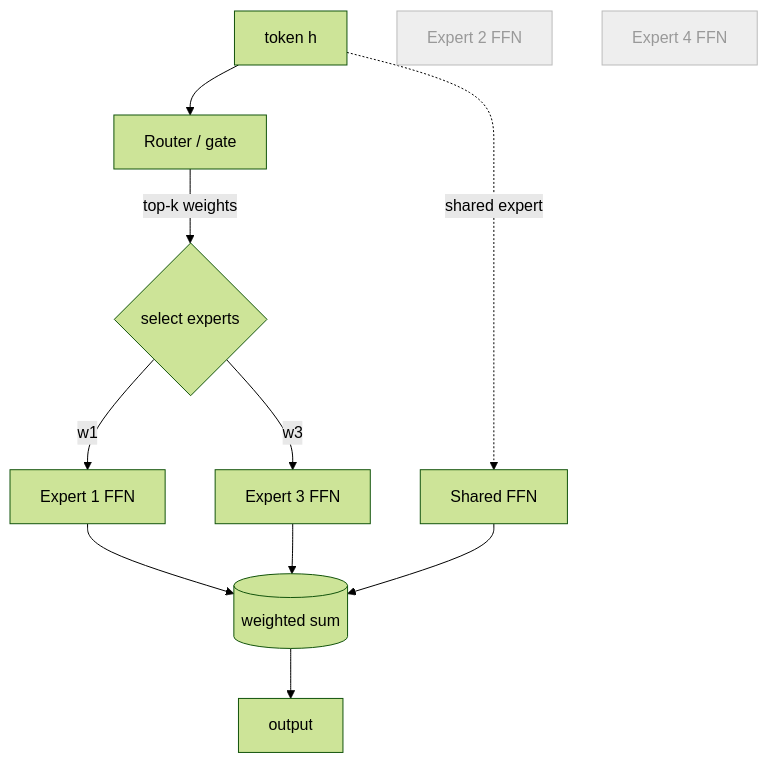
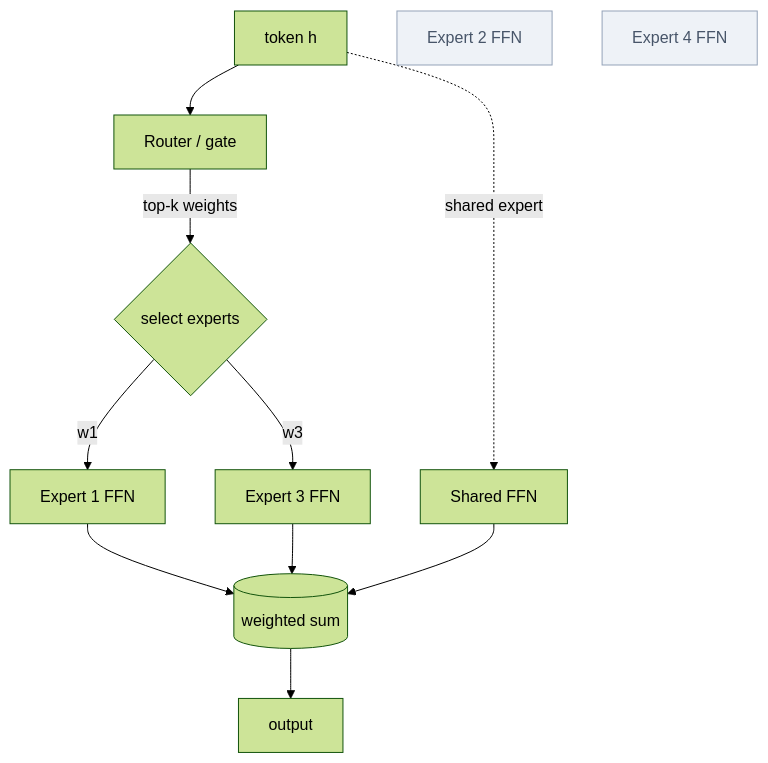
Before and after one commit to youyun8/deep-kernel-handbook: the diagram in docs/moe/index.md, drawn with Mermaid (forest theme). The commit also changed 10 other files, not shown here.

Commit message:
docs: fix diagram contrast and home title

````diff
--- a/docs/moe/index.md
+++ b/docs/moe/index.md
@@ -21,14 +21,14 @@
 ```mermaid
 flowchart TD
     x[token h] --> R[Router / gate]
     R -->|top-k weights| G{select experts}
     G -->|w1| E1[Expert 1 FFN]
     G -->|w3| E3[Expert 3 FFN]
     E1 --> S[(weighted sum)]
     E3 --> S
     x -.shared expert.-> Esh[Shared FFN] --> S
     S --> y[output]
     E2[Expert 2 FFN]:::idle
     E4[Expert 4 FFN]:::idle
-    classDef idle fill:#eee,stroke:#bbb,color:#999;
+    classDef idle fill:#eef2f7,stroke:#94a3b8,color:#475569;
 ```
````
